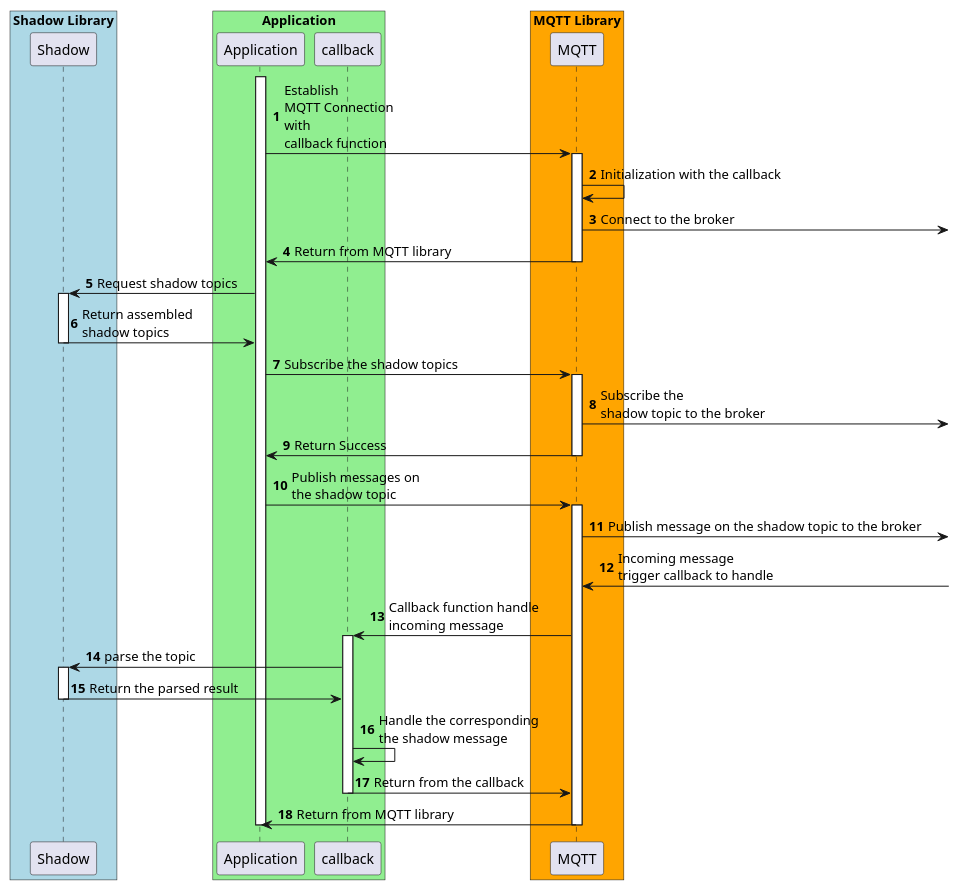
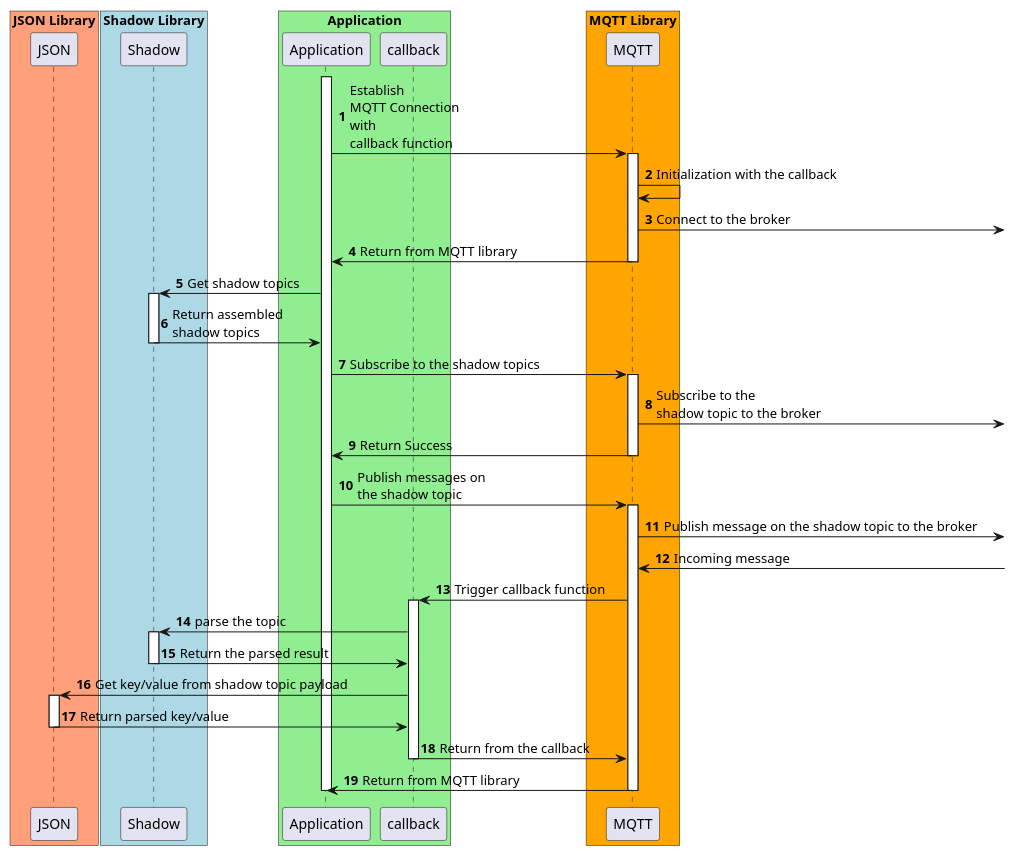
One commit to aws/Device-Shadow-for-AWS-IoT-embedded-sdk changed the diagram in docs/plantuml/shadow_design_typicaloperation.pu. Above: the diagram before and after it, drawn with PlantUML. The commit also changed 2 other files, not shown here.

Commit message:
Add JSON into the design flow

```diff
--- a/docs/plantuml/shadow_design_typicaloperation.pu
+++ b/docs/plantuml/shadow_design_typicaloperation.pu
@@ -1,61 +1,68 @@
 @startuml
 skinparam classFontSize 8
 skinparam classFontName Helvetica
 autonumber
+
+box "JSON Library" #LightSalmon
+    participant "JSON" as json
+end box
 
 box "Shadow Library" #LightBlue
     participant "Shadow" as shadow
 end box
 
 box "Application" #LightGreen
     participant "Application" as application
     participant "callback" as callback
 end box
 
 box "MQTT Library" #Orange
     participant "MQTT" as mqtt
 end box
 
 activate application
 application -> mqtt : Establish\nMQTT Connection\nwith\ncallback function
 
 
 activate mqtt
 mqtt -> mqtt : Initialization with the callback
 mqtt -> : Connect to the broker
 mqtt -> application : Return from MQTT library
 deactivate mqtt
 
-application -> shadow : Request shadow topics
+application -> shadow : Get shadow topics
 
 activate shadow
 shadow -> application : Return assembled\nshadow topics
 deactivate shadow
 
-application -> mqtt : Subscribe the shadow topics
+application -> mqtt : Subscribe to the shadow topics
 
 activate mqtt
-mqtt -> : Subscribe the\nshadow topic to the broker
+mqtt -> : Subscribe to the\nshadow topic to the broker
 mqtt -> application : Return Success
 deactivate mqtt
 application -> mqtt : Publish messages on\nthe shadow topic
 
 
 activate mqtt
 mqtt -> : Publish message on the shadow topic to the broker
-mqtt <- : Incoming message\ntrigger callback to handle
-mqtt -> callback : Callback function handle\nincoming message
+mqtt <- : Incoming message
+mqtt -> callback : Trigger callback function
 activate callback
 callback -> shadow : parse the topic
 activate shadow
 shadow -> callback : Return the parsed result
 deactivate shadow
-callback -> callback : Handle the corresponding\nthe shadow message
+callback -> json : Get key/value from shadow topic payload
+activate json
+json -> callback : Return parsed key/value
+deactivate json
 callback -> mqtt : Return from the callback
 deactivate callback
 mqtt -> application : Return from MQTT library
 deactivate mqtt
 
 deactivate application
 
 @enduml
```
